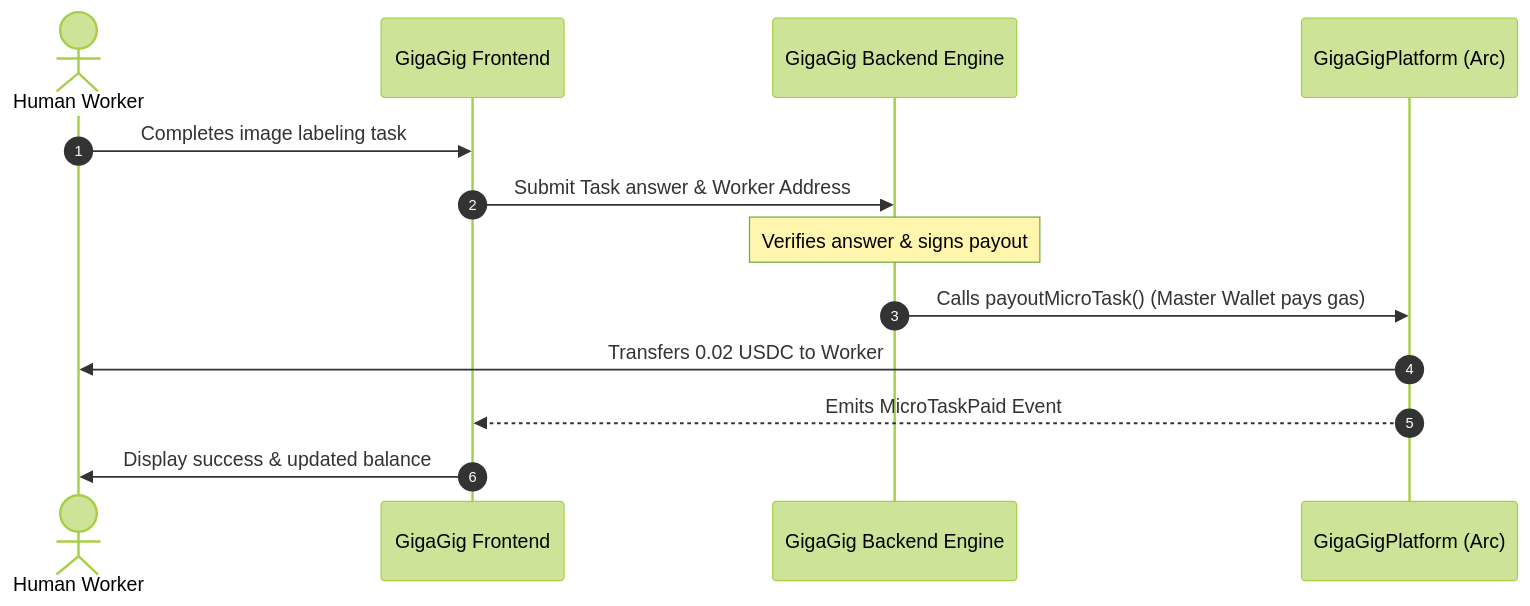
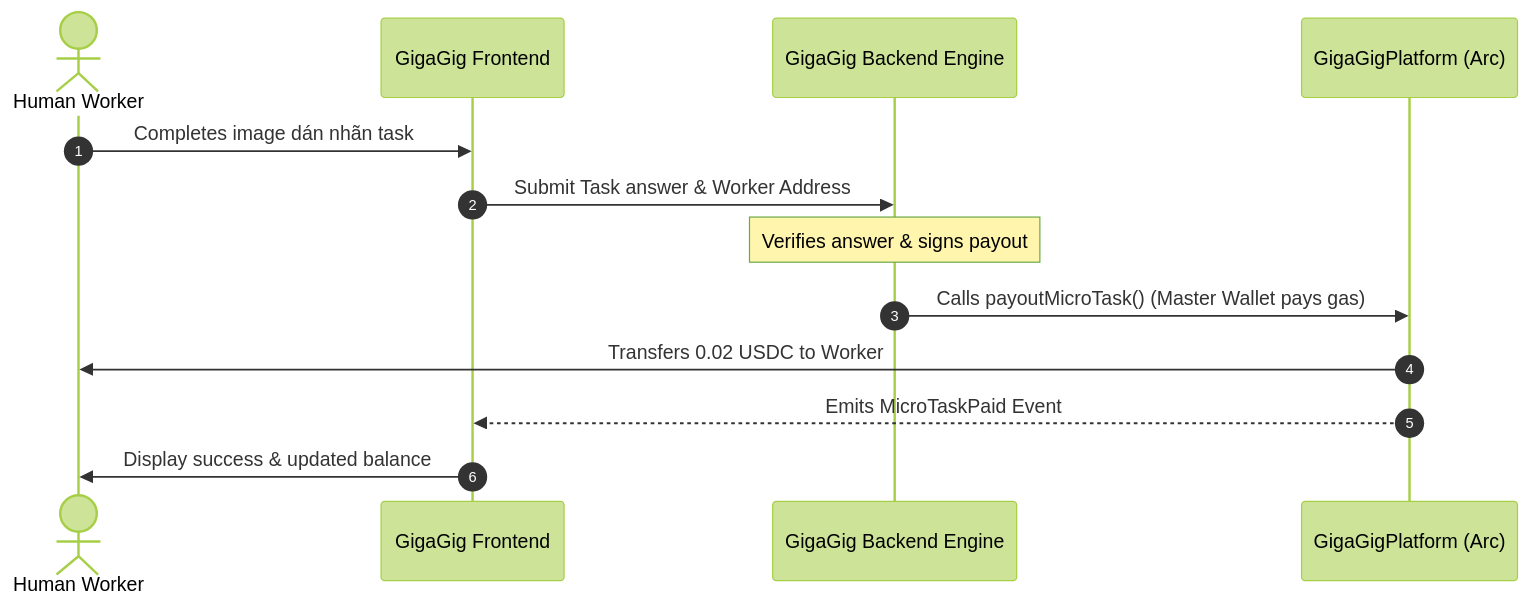
The first of 2 diagrams in README.md (yuusaneth89/GigaGig), drawn with Mermaid (forest theme) before and after one commit. The commit also changed other lines of this file, not shown here.

Commit message:
docs: update pitch video link and correct terminology in sequence diagram

````diff
--- a/README.md
+++ b/README.md
@@ -36,15 +36,15 @@
 ```mermaid
 sequenceDiagram
     autonumber
     actor Worker as Human Worker
     participant FE as GigaGig Frontend
     participant BE as GigaGig Backend Engine
     participant Contract as GigaGigPlatform (Arc)
-    Worker->>FE: Completes image labeling task
+    Worker->>FE: Completes image dán nhãn task
     FE->>BE: Submit Task answer & Worker Address
     Note over BE: Verifies answer & signs payout
     BE->>Contract: Calls payoutMicroTask() (Master Wallet pays gas)
     Contract->>Worker: Transfers 0.02 USDC to Worker
     Contract-->>FE: Emits MicroTaskPaid Event
     FE->>Worker: Display success & updated balance
 ```
````
